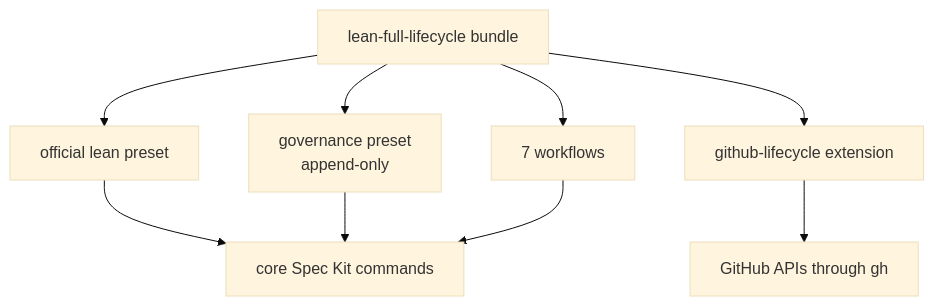
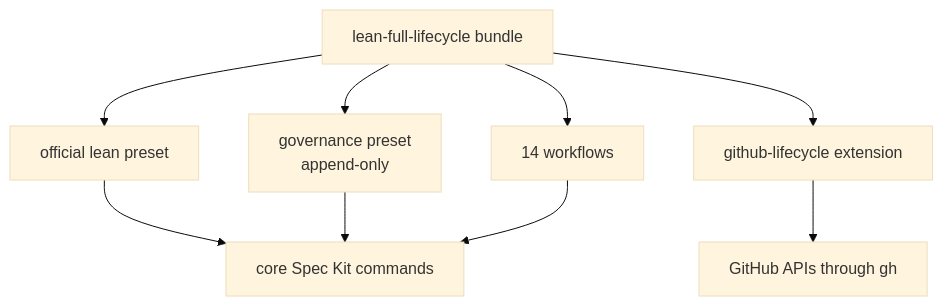
The diagram in docs/architecture.md (emdfonseca/lean-full-lifecycle-speckit), drawn with Mermaid (base theme) before and after one commit. The commit also changed 6 other files, not shown here.

````diff
--- a/docs/architecture.md
+++ b/docs/architecture.md
@@ -5,13 +5,13 @@
 ```mermaid
 flowchart TD
     B["lean-full-lifecycle bundle"]
     B --> L["official lean preset"]
     B --> G["governance preset<br/>append-only"]
     B --> E["github-lifecycle extension"]
-    B --> W["7 workflows"]
+    B --> W["14 workflows"]
 
     L --> C["core Spec Kit commands"]
     G --> C
     W --> C
     E --> GH["GitHub APIs through gh"]
 ```
````
